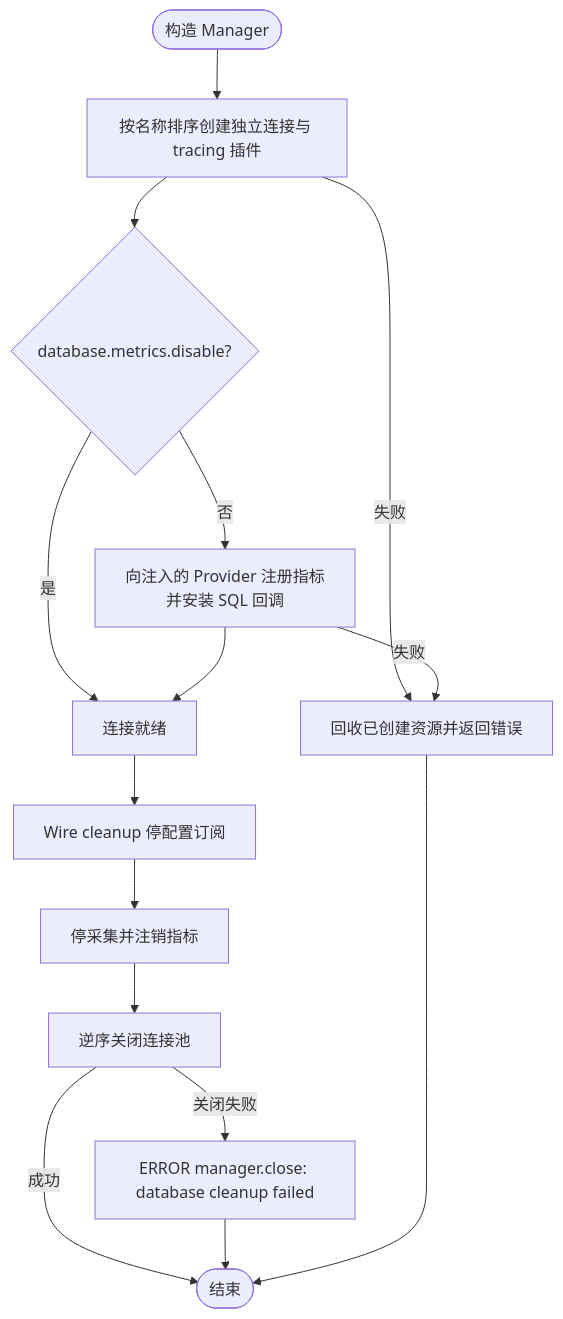
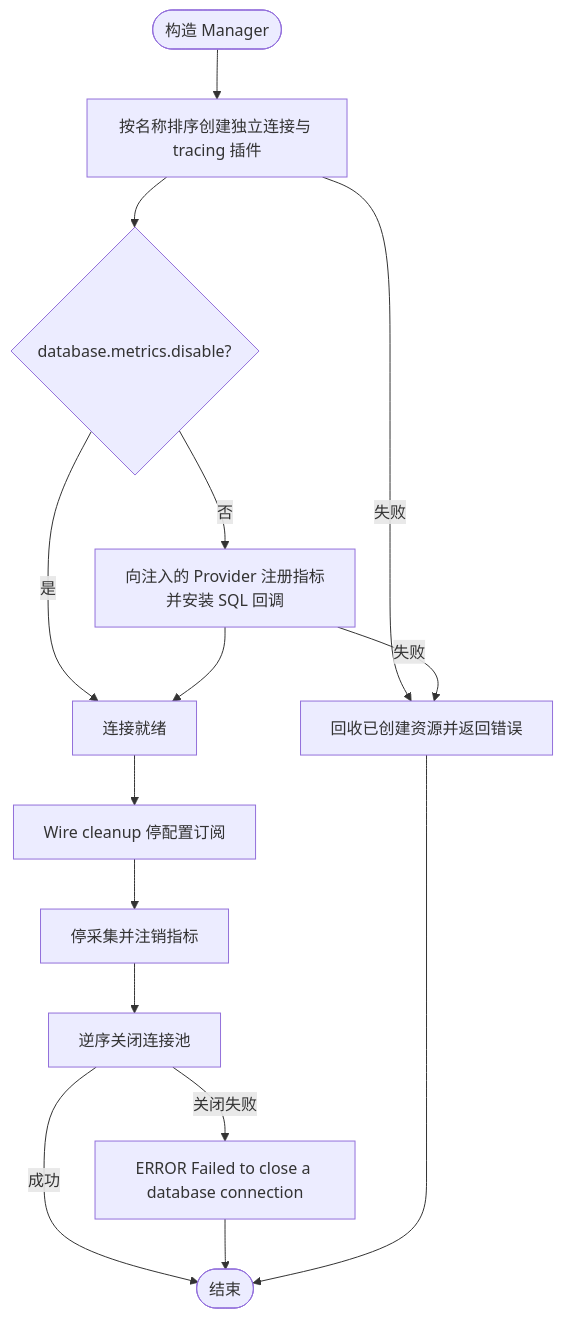
The seventh of 9 diagrams in pkg/database/README.md (jaggerzhuang1994/kratos-foundation), drawn with Mermaid before and after one commit. The commit also changed other lines of this file and 96 other files, not shown here.

````diff
--- a/pkg/database/README.md
+++ b/pkg/database/README.md
@@ -219,17 +219,17 @@
 ```mermaid
 flowchart TD
     A([构造 Manager]) --> B[按名称排序创建独立连接与 tracing 插件]
     B --> C{database.metrics.disable?}
     C -- 否 --> D[向注入的 Provider 注册指标并安装 SQL 回调]
     C -- 是 --> E[连接就绪]
     D --> E
     B -- 失败 --> F[回收已创建资源并返回错误]
     D -- 失败 --> F
     E --> G[Wire cleanup 停配置订阅]
     G --> H[停采集并注销指标]
     H --> I[逆序关闭连接池]
-    I -- 关闭失败 --> J[ERROR manager.close: database cleanup failed]
+    I -- 关闭失败 --> J[ERROR Failed to close a database connection]
     I -- 成功 --> K([结束])
     J --> K
     F --> K
 ```
````
